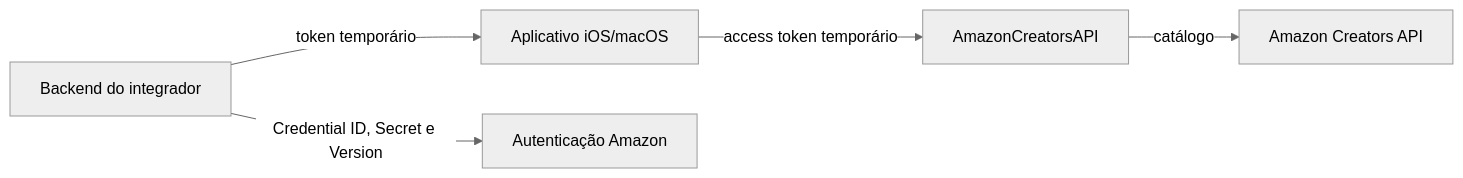
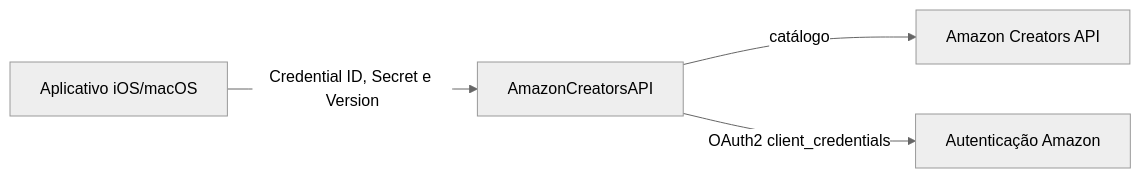
The diagram in README.md (didisouzacosta/AmazonCreatorsAPISwiftSDK), drawn with Mermaid (neutral theme) before and after one commit. The commit also changed other lines of this file and 5 other files, not shown here.

````diff
--- a/README.md
+++ b/README.md
@@ -21,7 +31,6 @@
 ```mermaid
 flowchart LR
-    App["Aplicativo iOS/macOS"] -->|"access token temporário"| SDK["AmazonCreatorsAPI"]
+    App["Aplicativo iOS/macOS"] -->|"Credential ID, Secret e Version"| SDK["AmazonCreatorsAPI"]
     SDK -->|"catálogo"| Catalog["Amazon Creators API"]
-    Backend["Backend do integrador"] -->|"Credential ID, Secret e Version"| Auth["Autenticação Amazon"]
-    Backend -->|"token temporário"| App
+    SDK -->|"OAuth2 client_credentials"| Auth["Autenticação Amazon"]
 ```
````
